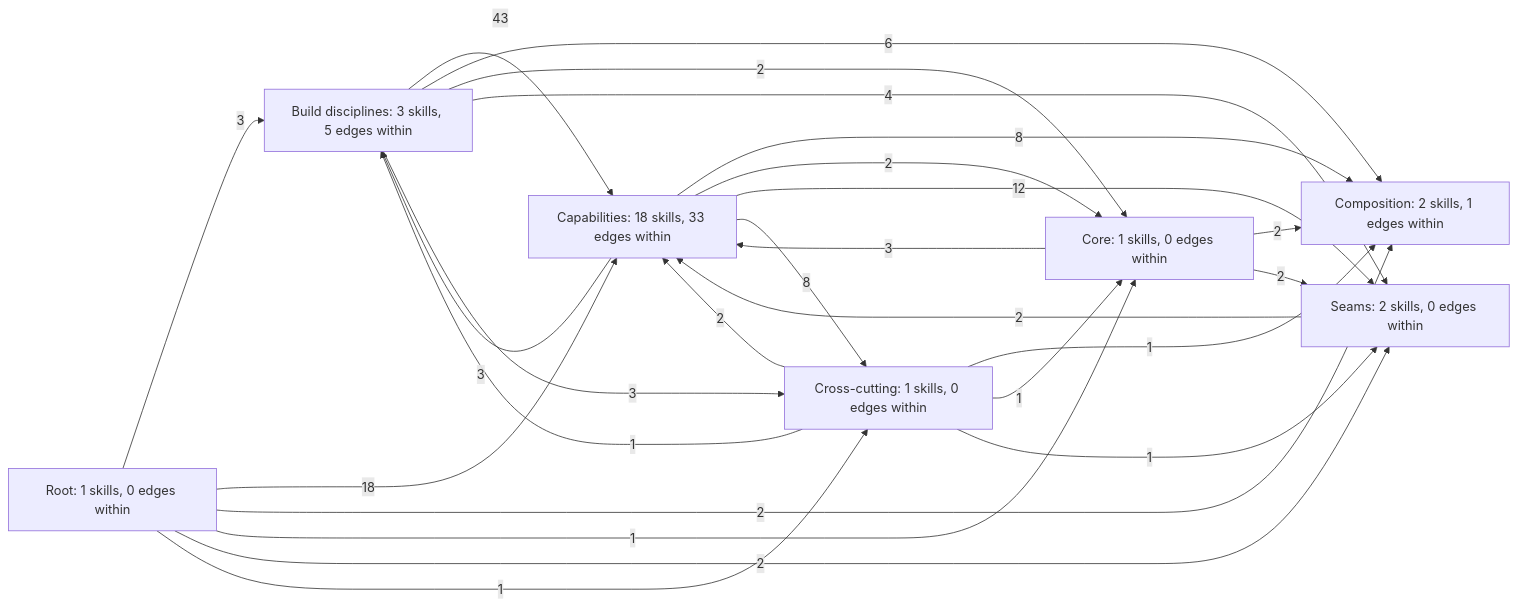
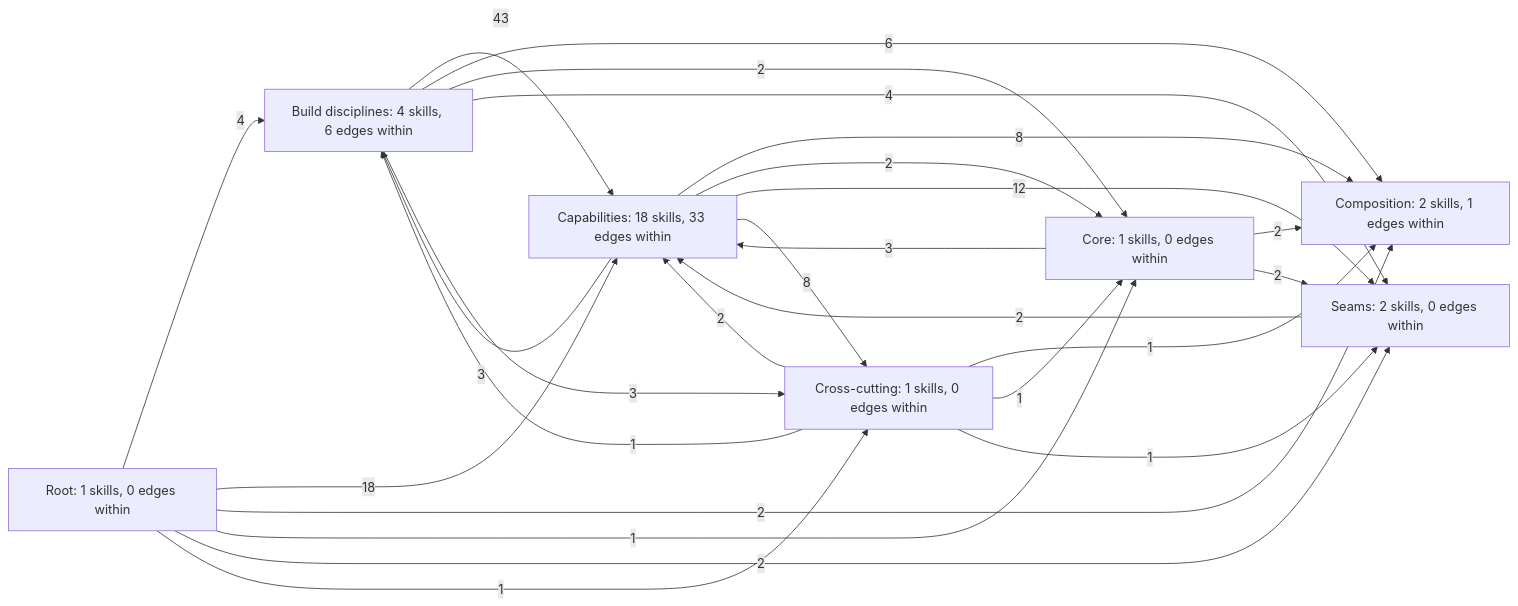
The first of 10 diagrams in docs/skill-graph.md (Dadlorian/AGENT), drawn with Mermaid before and after one commit. The commit also changed other lines of this file and 5 other files, not shown here.

````diff
--- a/docs/skill-graph.md
+++ b/docs/skill-graph.md
@@ -13,35 +13,35 @@
 ```mermaid
 graph LR
     root_["Root: 1 skills, 0 edges within"]
     core_["Core: 1 skills, 0 edges within"]
     cap_["Capabilities: 18 skills, 33 edges within"]
     xc_["Cross-cutting: 1 skills, 0 edges within"]
     seam_["Seams: 2 skills, 0 edges within"]
     compose_["Composition: 2 skills, 1 edges within"]
-    build_["Build disciplines: 3 skills, 5 edges within"]
+    build_["Build disciplines: 4 skills, 6 edges within"]
     build_ -->|43| cap_
     build_ -->|6| compose_
     build_ -->|2| core_
     build_ -->|4| seam_
     build_ -->|3| xc_
     cap_ -->|3| build_
     cap_ -->|8| compose_
     cap_ -->|2| core_
     cap_ -->|12| seam_
     cap_ -->|8| xc_
     core_ -->|3| cap_
     core_ -->|2| compose_
     core_ -->|2| seam_
-    root_ -->|3| build_
+    root_ -->|4| build_
     root_ -->|18| cap_
     root_ -->|2| compose_
     root_ -->|1| core_
     root_ -->|2| seam_
     root_ -->|1| xc_
     seam_ -->|2| cap_
     xc_ -->|1| build_
     xc_ -->|2| cap_
     xc_ -->|1| compose_
     xc_ -->|1| core_
     xc_ -->|1| seam_
 ```
````
